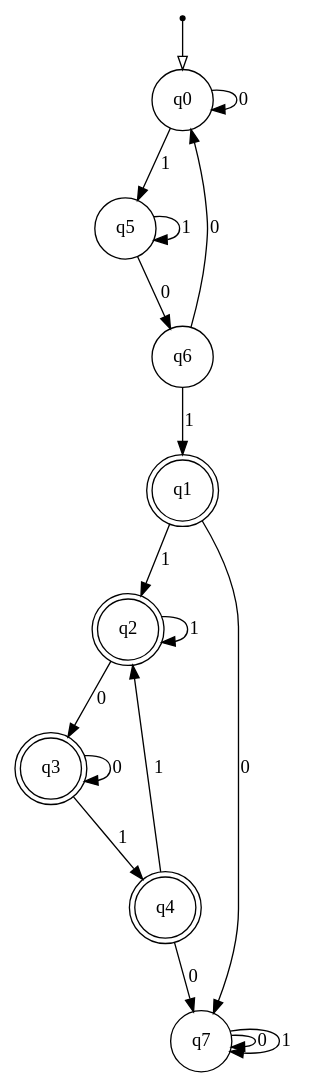
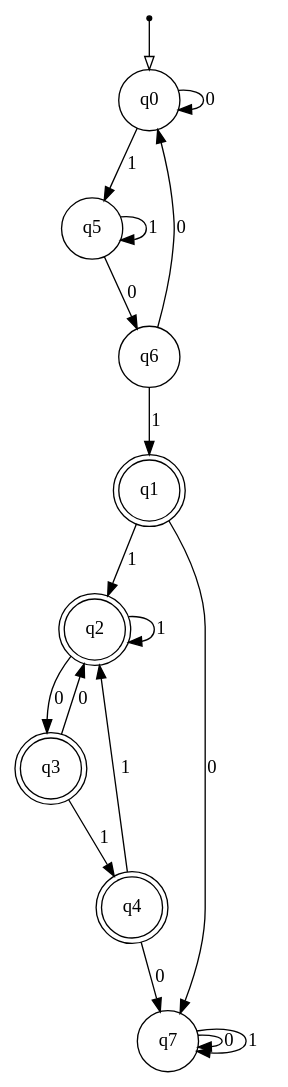
Before and after one commit to qianyouwang/cs138-hw02: the diagram in 1i.dfa.pdf.dot, drawn with Graphviz. The commit also changed 6 other files, not shown here.

```diff
--- a/1i.dfa.pdf.dot
+++ b/1i.dfa.pdf.dot
@@ -1,29 +1,29 @@
 digraph {
   node [shape=point]; __start;
   node [shape = circle]; q0;
   node [shape = doublecircle]; q1;
   node [shape = doublecircle]; q2;
   node [shape = doublecircle]; q3;
   node [shape = doublecircle]; q4;
   node [shape = circle]; q5;
   node [shape = circle]; q6;
   node [shape = circle]; q7;
 
   __start -> q0 [arrowhead = empty];
   q0 -> q0 [label = "0"];
   q0 -> q5 [label = "1"];
   q1 -> q7 [label = "0"];
   q1 -> q2 [label = "1"];
   q2 -> q3 [label = "0"];
   q2 -> q2 [label = "1"];
-  q3 -> q3 [label = "0"];
+  q3 -> q2 [label = "0"];
   q3 -> q4 [label = "1"];
   q4 -> q7 [label = "0"];
   q4 -> q2 [label = "1"];
   q5 -> q6 [label = "0"];
   q5 -> q5 [label = "1"];
   q6 -> q0 [label = "0"];
   q6 -> q1 [label = "1"];
   q7 -> q7 [label = "0"];
   q7 -> q7 [label = "1"];
 }
```
